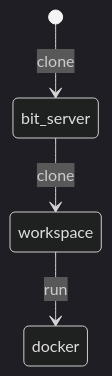
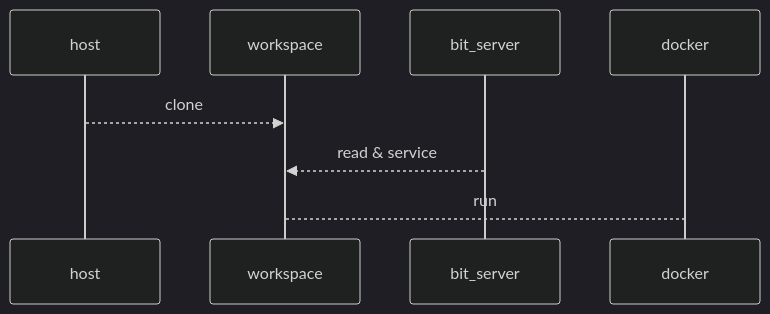
The diagram in README.md (bit2r/bit-edu-server), drawn with Mermaid (dark theme) before and after one commit. The commit also changed other lines of this file, not shown here.

````diff
--- a/README.md
+++ b/README.md
@@ -72,6 +78,6 @@
 ```mermaid
-stateDiagram-v2
-[*] --> bit_server : clone
-bit_server --> workspace : clone 
+sequenceDiagram
+host -->> workspace : clone
+bit_server -->> workspace : read & service
 workspace --> docker : run
 ```
````
